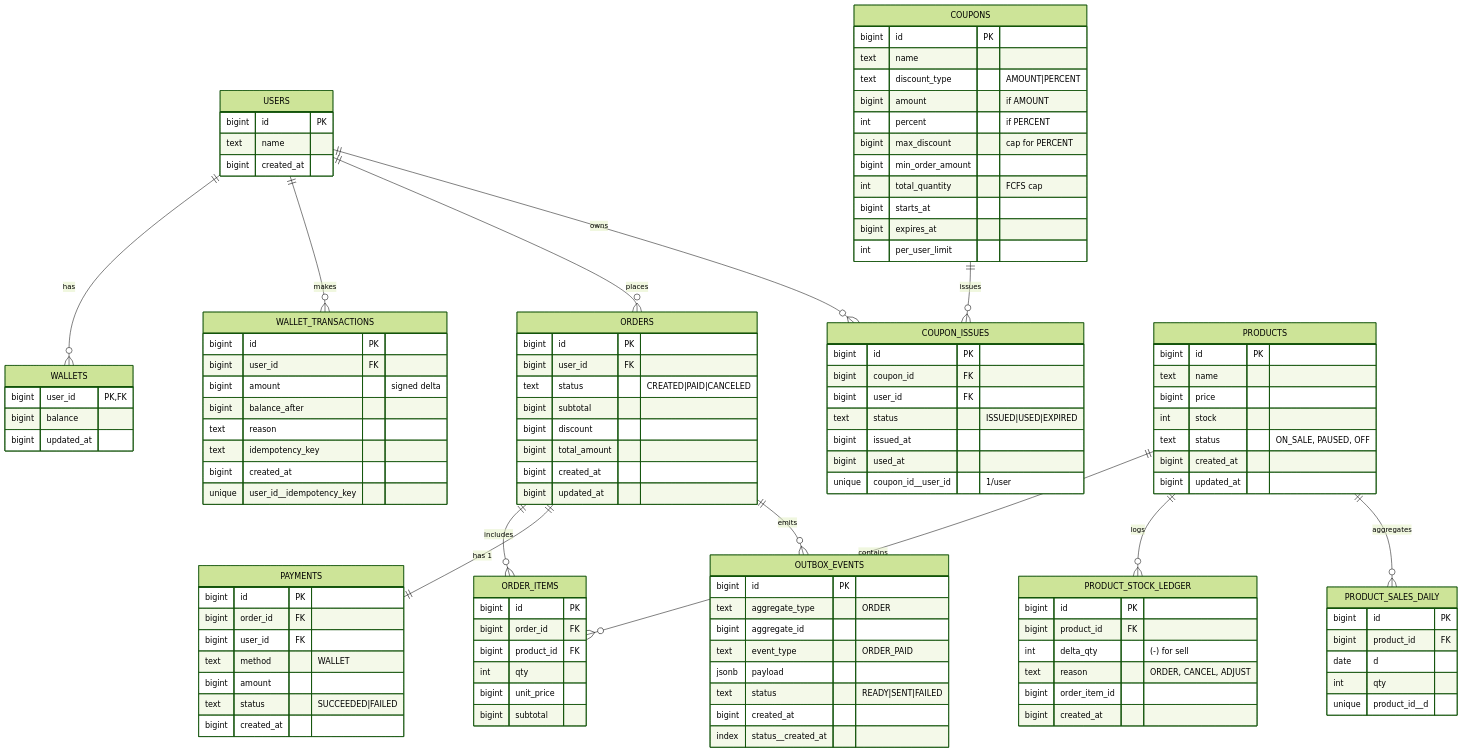
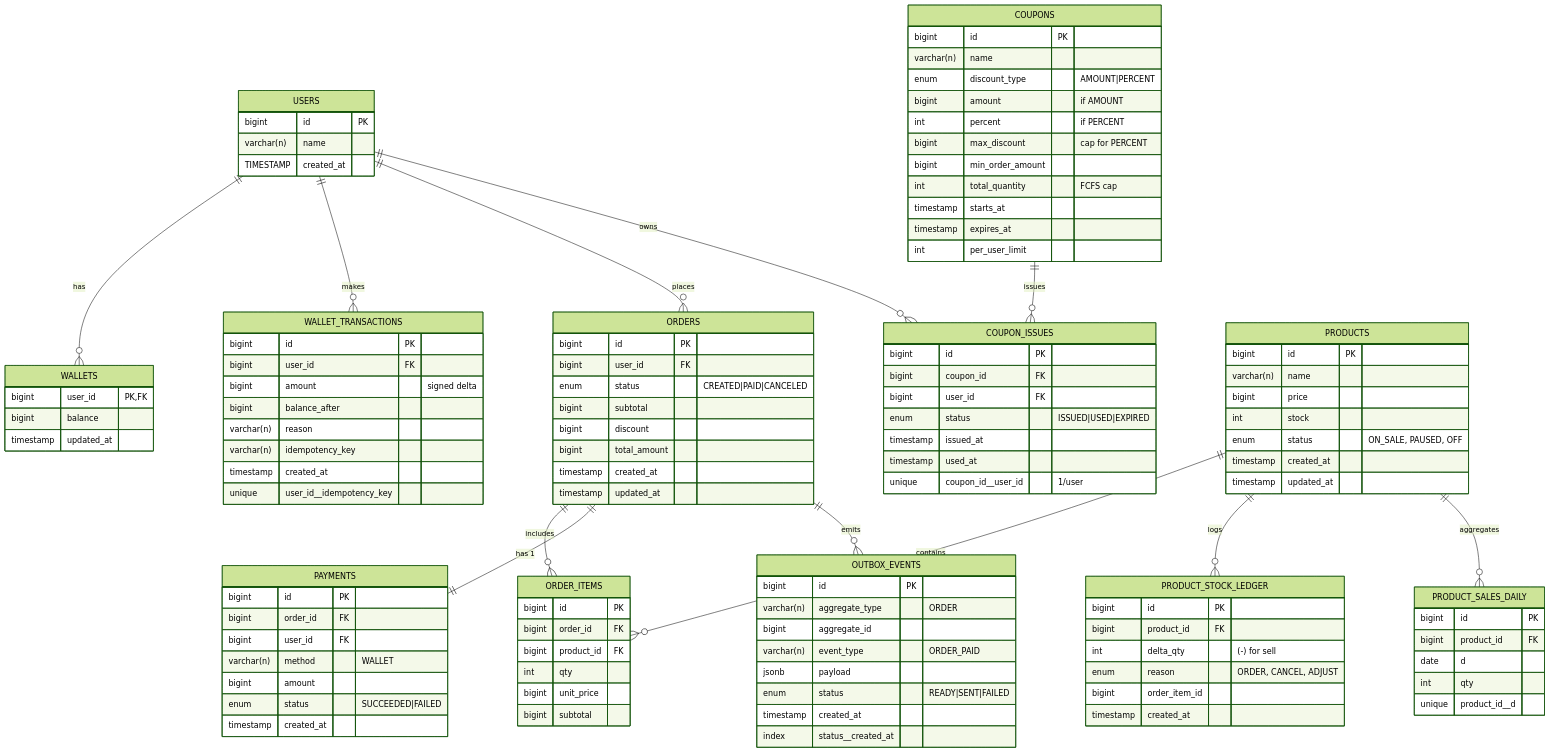
Before and after one commit to hyunah11/ecommerce-ordering-system: the diagram in docs/erd.md, drawn with Mermaid (forest theme). The commit also changed 38 other files, not shown here.

```diff
--- a/docs/erd.md
+++ b/docs/erd.md
@@ -21,14 +21,14 @@
 
     USERS {
       bigint id PK
-      text name
-      bigint created_at
+      varchar(n) name
+      TIMESTAMP created_at
     }
 
     WALLETS {
       bigint user_id PK,FK
       bigint balance
-      bigint updated_at
+      timestamp updated_at
     }
 
     WALLET_TRANSACTIONS {
@@ -36,43 +36,43 @@
       bigint user_id FK
       bigint amount  "signed delta"
       bigint balance_after
-      text reason
-      text idempotency_key
-      bigint created_at
+      varchar(n) reason
+      varchar(n) idempotency_key
+      timestamp created_at
       %% UNIQUE(user_id, idempotency_key)
       unique user_id__idempotency_key
     }
 
     PRODUCTS {
       bigint id PK
-      text name
+      varchar(n) name
       bigint price
       int stock
-      text status  "ON_SALE, PAUSED, OFF"
-      bigint created_at
-      bigint updated_at
+      enum status  "ON_SALE, PAUSED, OFF"
+      timestamp created_at
+      timestamp updated_at
     }
 
     PRODUCT_STOCK_LEDGER {
       bigint id PK
       bigint product_id FK
       int delta_qty "(-) for sell"
-      text reason "ORDER, CANCEL, ADJUST"
+      enum reason "ORDER, CANCEL, ADJUST"
       bigint order_item_id
-      bigint created_at
+      timestamp created_at
     }
 
     COUPONS {
       bigint id PK
-      text name
-      text discount_type "AMOUNT|PERCENT"
+      varchar(n) name
+      enum discount_type "AMOUNT|PERCENT"
       bigint amount "if AMOUNT"
       int percent "if PERCENT"
       bigint max_discount "cap for PERCENT"
       bigint min_order_amount
       int total_quantity "FCFS cap"
-      bigint starts_at
-      bigint expires_at
+      timestamp starts_at
+      timestamp expires_at
       int per_user_limit
     }
 
@@ -80,9 +80,9 @@
       bigint id PK
       bigint coupon_id FK
       bigint user_id FK
-      text status "ISSUED|USED|EXPIRED"
-      bigint issued_at
-      bigint used_at
+      enum status "ISSUED|USED|EXPIRED"
+      timestamp issued_at
+      timestamp used_at
       %% UNIQUE(coupon_id, user_id)
       unique coupon_id__user_id "1/user"
     }
@@ -90,12 +90,12 @@
     ORDERS {
       bigint id PK
       bigint user_id FK
-      text status "CREATED|PAID|CANCELED"
+      enum status "CREATED|PAID|CANCELED"
       bigint subtotal
       bigint discount
       bigint total_amount
-      bigint created_at
-      bigint updated_at
+      timestamp created_at
+      timestamp updated_at
     }
 
     ORDER_ITEMS {
@@ -112,20 +112,20 @@
       bigint order_id FK
       %% UNIQUE(order_id)
       bigint user_id FK
-      text method "WALLET"
+      varchar(n) method "WALLET"
       bigint amount
-      text status "SUCCEEDED|FAILED"
-      bigint created_at
+      enum status "SUCCEEDED|FAILED"
+      timestamp created_at
     }
 
     OUTBOX_EVENTS {
       bigint id PK
-      text aggregate_type "ORDER"
+      varchar(n) aggregate_type "ORDER"
       bigint aggregate_id
-      text event_type "ORDER_PAID"
+      varchar(n) event_type "ORDER_PAID"
       jsonb payload
-      text status "READY|SENT|FAILED"
-      bigint created_at
+      enum status "READY|SENT|FAILED"
+      timestamp created_at
       %% INDEX(status, created_at)
       index status__created_at
     }
```
